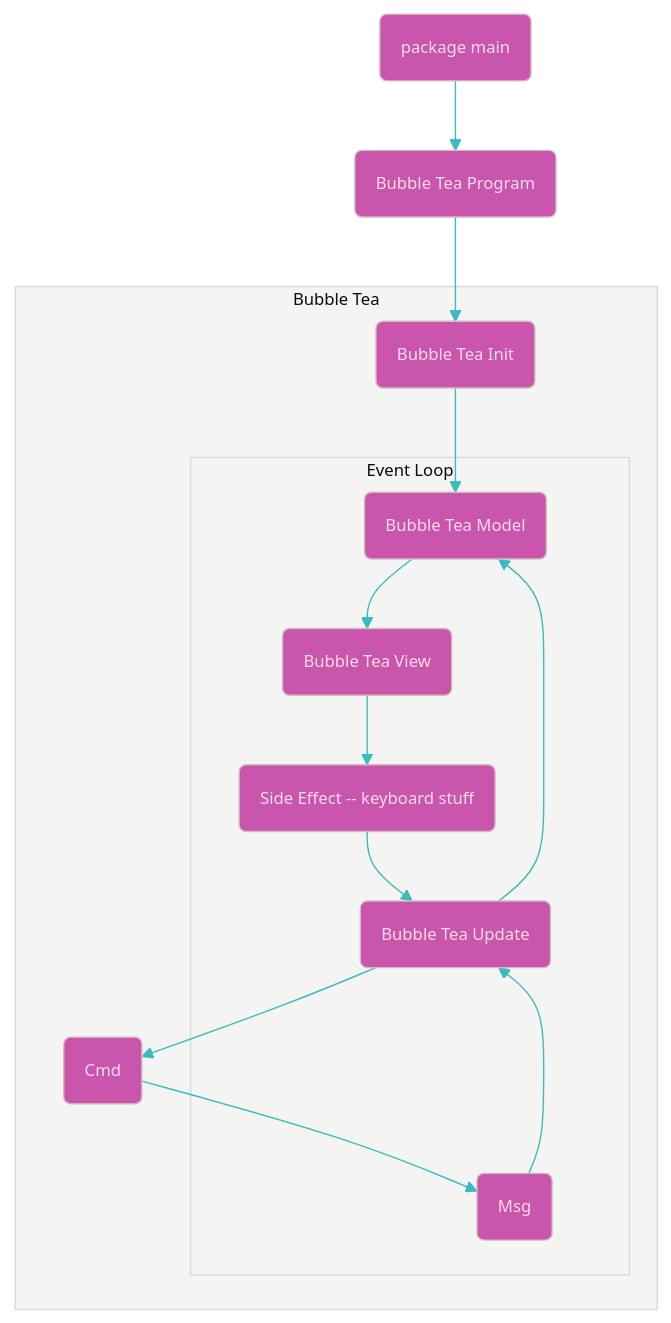
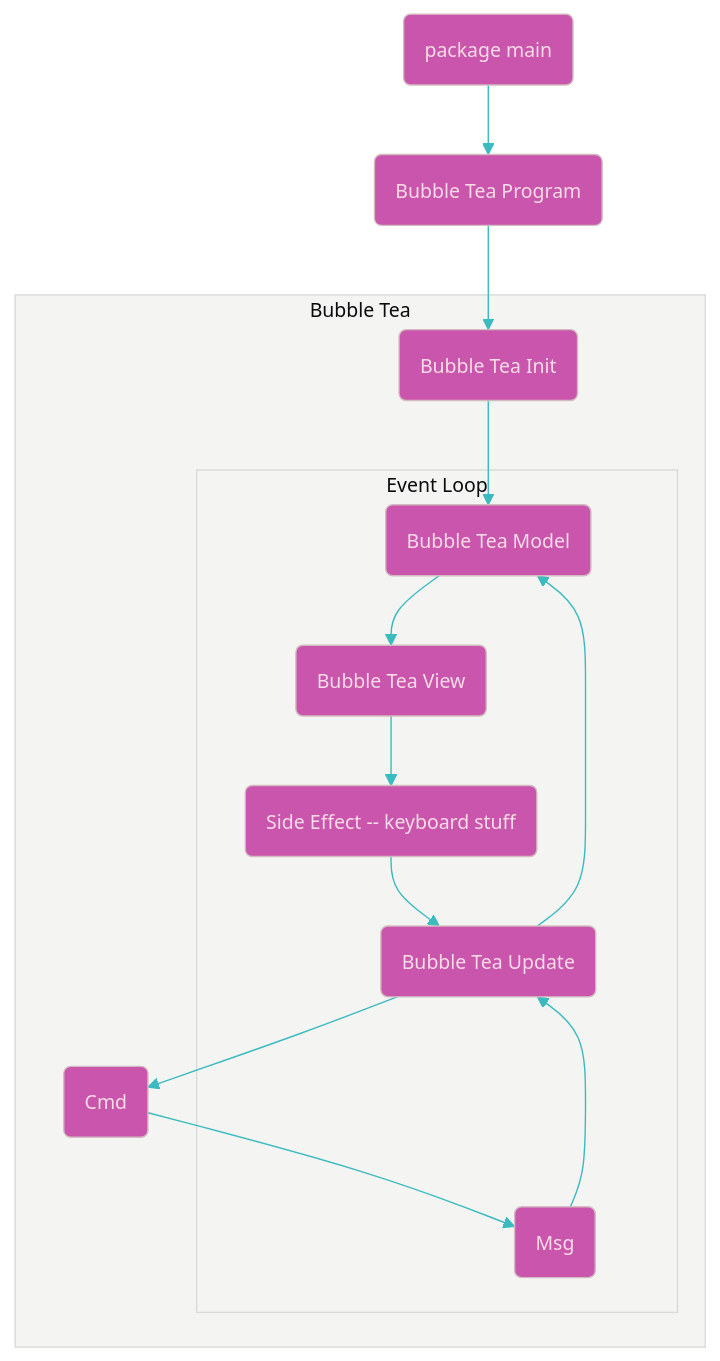
Before and after one commit to tearingItUp786/blog: the diagram in content/blog/13-making-a-tui-with-go/index.mdx, drawn with Mermaid. The commit also changed other lines of this file and 1 other file, not shown here.

Commit message:
Update blog slug to allow for sharing on twitter and linkedin

````diff
--- a/content/blog/13-making-a-tui-with-go/index.mdx
+++ b/content/blog/13-making-a-tui-with-go/index.mdx
@@ -107,45 +107,45 @@
 ```mermaid
 %%{
   init: {
     'theme': 'base',
     'themeVariables': {
-			'fontSize": '12px',
+			'fontSize": '14px',
 			'primaryColor': '#c955ac',
 			'primaryTextColor': '#FADCE6',
 			'primaryBorderColor': '#D3BCC0',
 			'lineColor': '#3bbbc0',
 			'secondaryColor': '#507DBC',
 			'tertiaryColor': '#F4F4F2'
     }
   }
 }%%
 
 graph TD
     A(package main)
     B(Bubble Tea Program)
     C0(Bubble Tea Init)
     C1(Bubble Tea Model)
     C(Bubble Tea Update)
     D(Bubble Tea View)
     E(Msg)
     F(Cmd)
     G(Side Effect -- keyboard stuff)
 
     A --> B
     B --> C0
 
     subgraph Bubble Tea
     C0 --> C1
     C --> F
     F --> E
 
     subgraph Event Loop
         C --> C1
         C1 --> D
         E --> C
         D --> G
         G --> C
         end
   end
 
 ```
````
